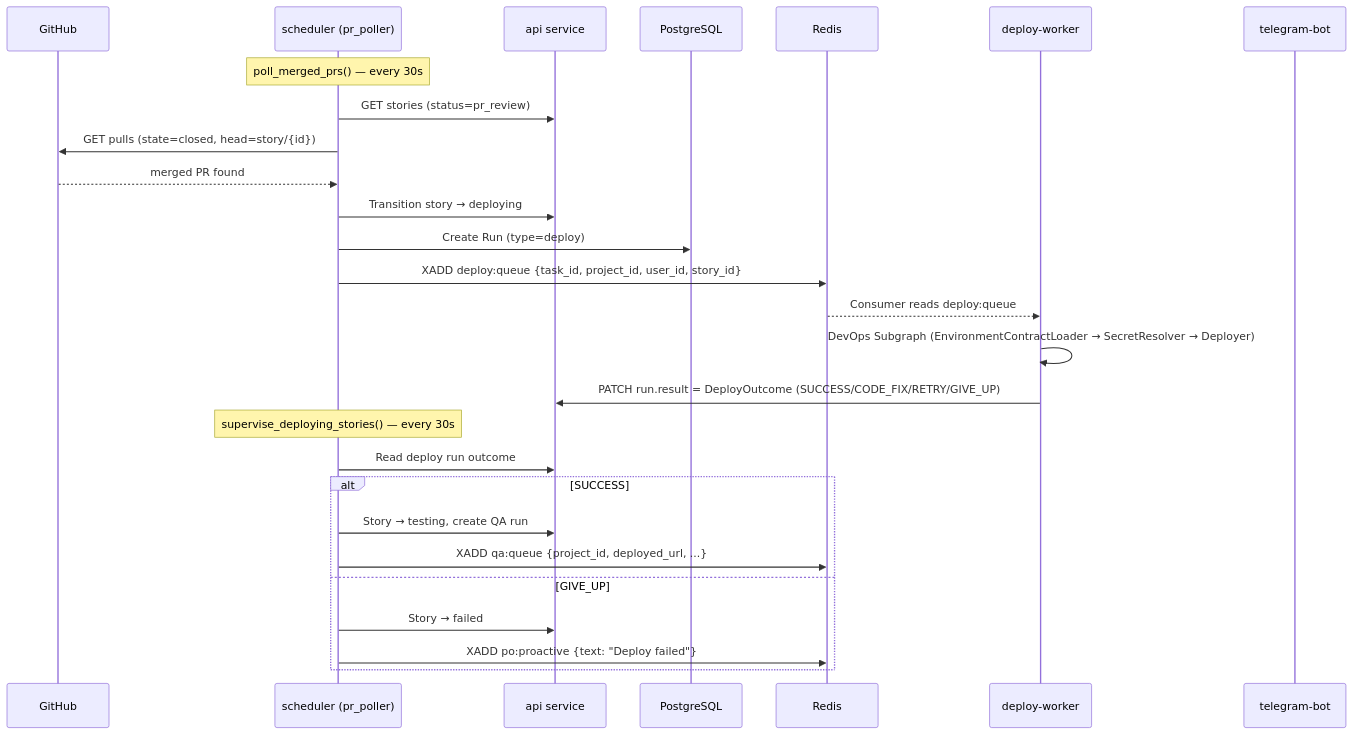
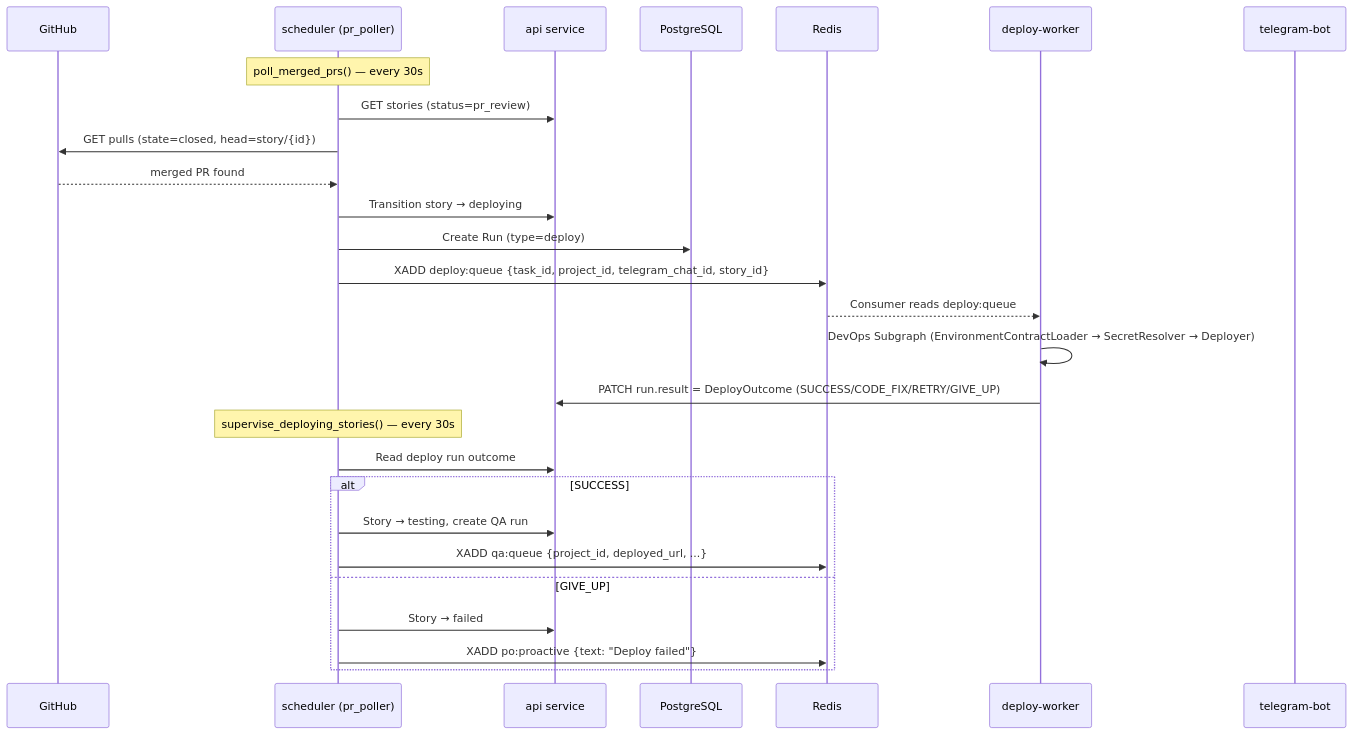
The third of 3 diagrams in docs/CONTRACTS.md (vladmesh/codegen_orchestrator), drawn with Mermaid before and after one commit. The commit also changed other lines of this file and 102 other files, not shown here.

First line of the commit message:
Address lifecycle notifications by Telegram chat, not internal user id

````diff
--- a/docs/CONTRACTS.md
+++ b/docs/CONTRACTS.md
@@ -290,30 +290,30 @@
 ```mermaid
 sequenceDiagram
     participant GH as GitHub
     participant SCH as scheduler (pr_poller)
     participant API as api service
     participant DB as PostgreSQL
     participant Redis
     participant DW as deploy-worker
     participant TG as telegram-bot
 
     Note over SCH: poll_merged_prs() — every 30s
     SCH->>API: GET stories (status=pr_review)
     SCH->>GH: GET pulls (state=closed, head=story/{id})
     GH-->>SCH: merged PR found
     SCH->>API: Transition story → deploying
     SCH->>DB: Create Run (type=deploy)
-    SCH->>Redis: XADD deploy:queue {task_id, project_id, user_id, story_id}
+    SCH->>Redis: XADD deploy:queue {task_id, project_id, telegram_chat_id, story_id}
     Redis-->>DW: Consumer reads deploy:queue
     DW->>DW: DevOps Subgraph (EnvironmentContractLoader → SecretResolver → Deployer)
     DW->>API: PATCH run.result = DeployOutcome (SUCCESS/CODE_FIX/RETRY/GIVE_UP)
     Note over SCH: supervise_deploying_stories() — every 30s
     SCH->>API: Read deploy run outcome
     alt SUCCESS
         SCH->>API: Story → testing, create QA run
         SCH->>Redis: XADD qa:queue {project_id, deployed_url, ...}
     else GIVE_UP
         SCH->>API: Story → failed
         SCH->>Redis: XADD po:proactive {text: "Deploy failed"}
     end
 ```
````
